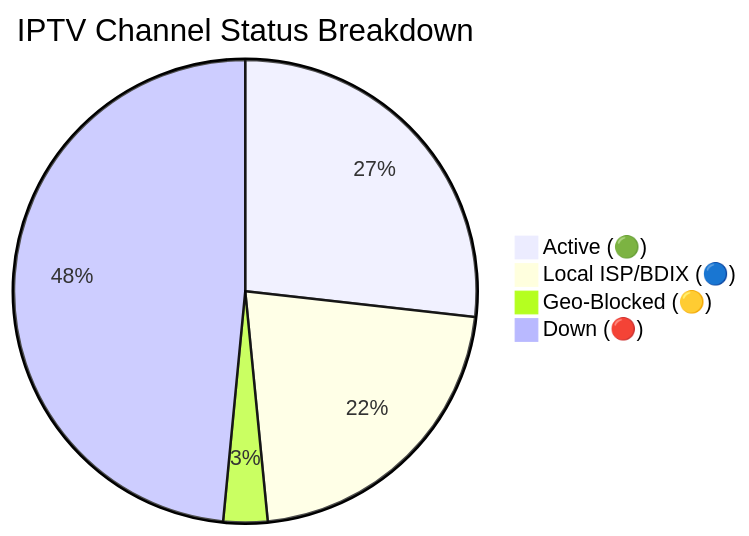
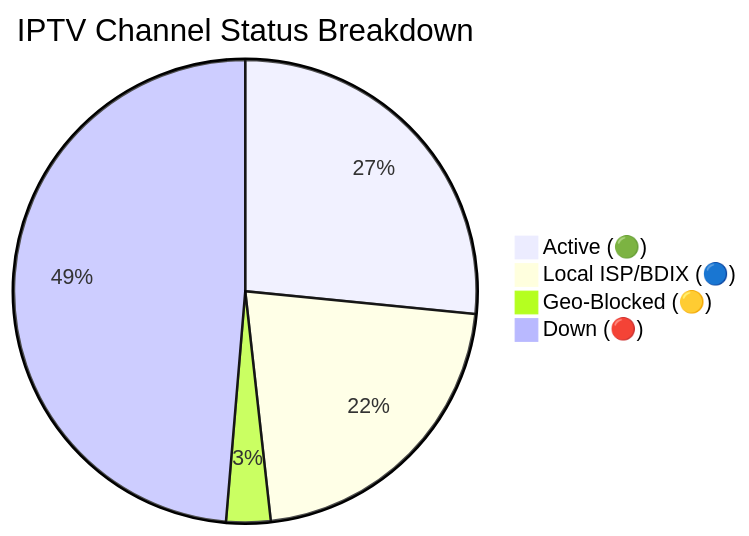
The diagram in README.md (Zaman-Topu/Ip-tv-Collection), drawn with Mermaid before and after one commit. The commit also changed other lines of this file and 6 other files, not shown here.

````diff
--- a/README.md
+++ b/README.md
@@ -72,7 +72,7 @@
 ```mermaid
 pie title IPTV Channel Status Breakdown
-    "Active (🟢)" : 11076
+    "Active (🟢)" : 10990
     "Local ISP/BDIX (🔵)" : 8961
-    "Geo-Blocked (🟡)" : 1274
-    "Down (🔴)" : 20048
+    "Geo-Blocked (🟡)" : 1280
+    "Down (🔴)" : 20131
 ```
````
